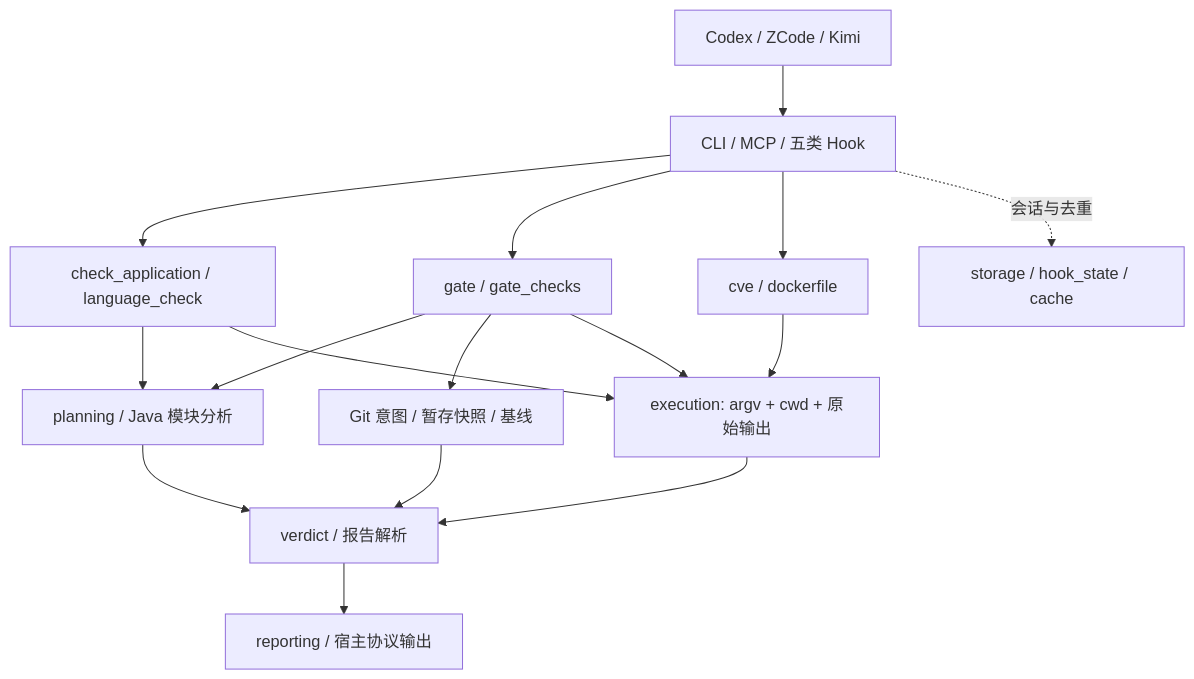
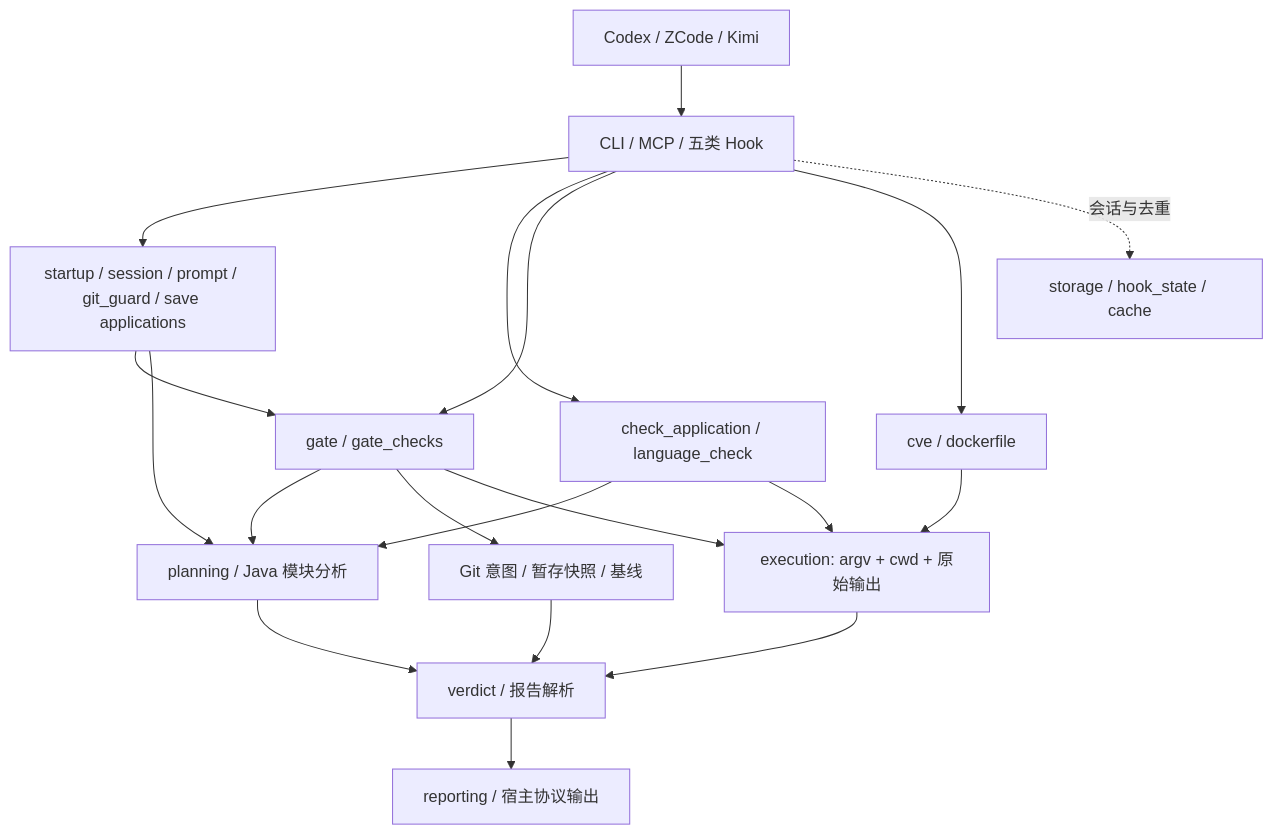
Before and after one commit to full-stack-plugins/codeguard-plugin: the diagram in docs/current-architecture.md, drawn with Mermaid. The commit also changed other lines of this file and 29 other files, not shown here.

Commit message:
refactor: 收敛五类 CodeGuard Hook 应用层 (v0.14.0)

````diff
--- a/docs/current-architecture.md
+++ b/docs/current-architecture.md
@@ -7,18 +7,21 @@
 ```mermaid
 flowchart TD
     Host[Codex / ZCode / Kimi] --> Entry[CLI / MCP / 五类 Hook]
+    Entry --> HookApp[startup / session / prompt / git_guard / save applications]
     Entry --> Check[check_application / language_check]
+    HookApp --> Gate
+    HookApp --> Plan
     Entry --> Gate[gate / gate_checks]
     Entry --> Scan[cve / dockerfile]
     Check --> Plan[planning / Java 模块分析]
     Gate --> Plan
     Gate --> Git[Git 意图 / 暂存快照 / 基线]
     Check --> Exec[execution: argv + cwd + 原始输出]
     Gate --> Exec
     Scan --> Exec
     Exec --> Verdict[verdict / 报告解析]
     Plan --> Verdict
     Git --> Verdict
     Verdict --> Report[reporting / 宿主协议输出]
     Entry -. 会话与去重 .-> State[storage / hook_state / cache]
 ```
````
